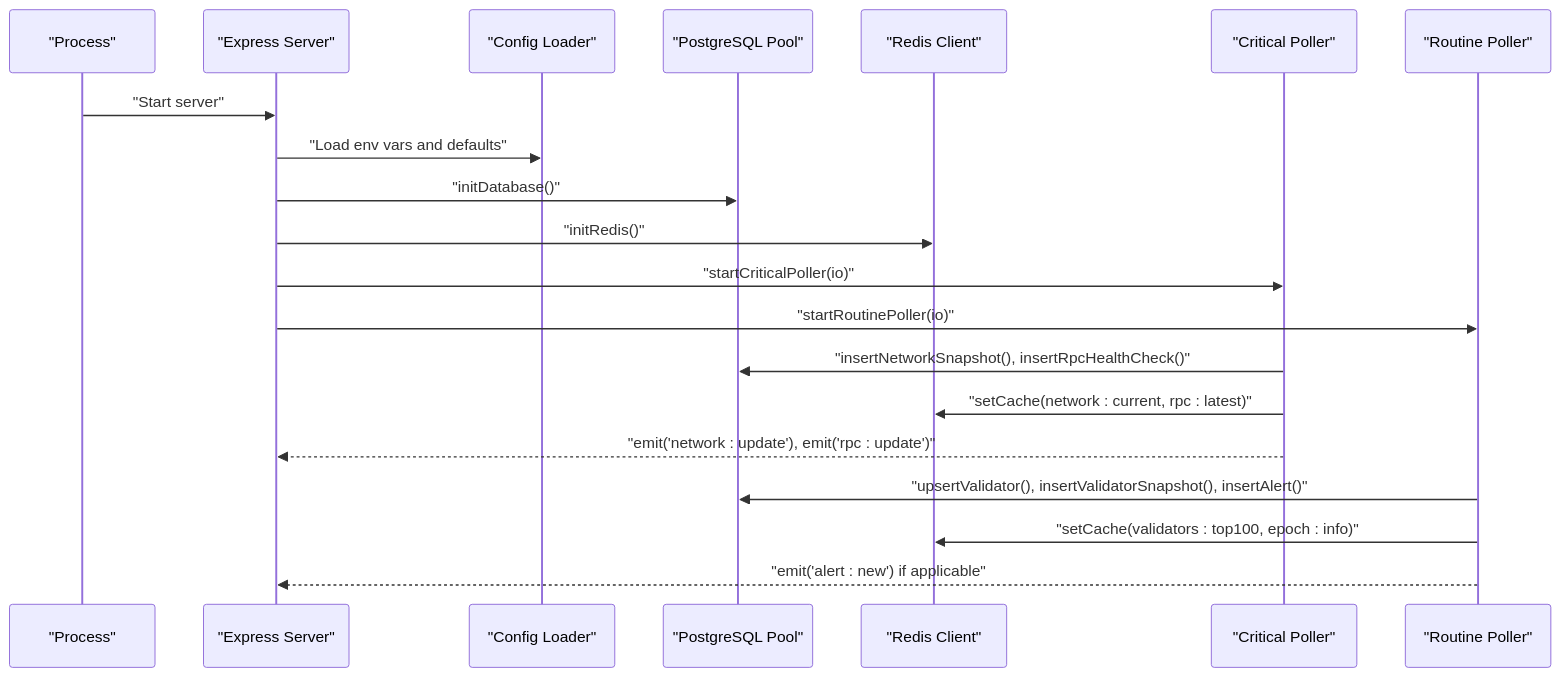
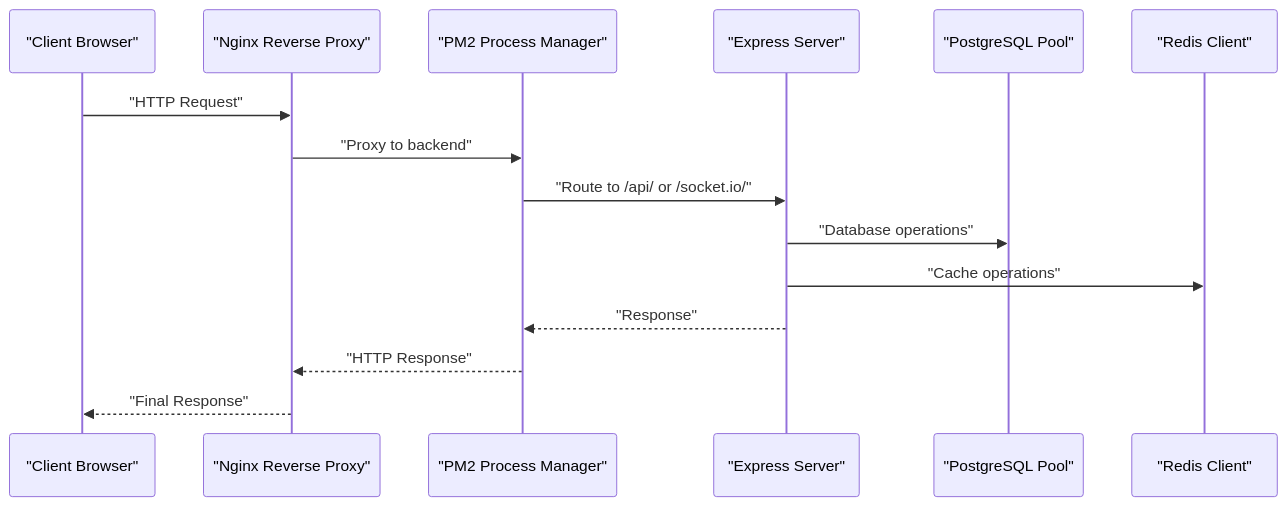
Before and after one commit to RunTimeAdmin/InfraWatch: the second of 3 diagrams in .qoder/repowiki/en/content/Deployment & Maintenance.md, drawn with Mermaid. The commit also changed other lines of this file and 12 other files, not shown here.

````diff
--- a/.qoder/repowiki/en/content/Deployment & Maintenance.md
+++ b/.qoder/repowiki/en/content/Deployment & Maintenance.md
@@ -110,22 +132,17 @@
 ```mermaid
 sequenceDiagram
-participant Proc as "Process"
+participant User as "Client Browser"
+participant Nginx as "Nginx Reverse Proxy"
+participant PM2 as "PM2 Process Manager"
 participant Server as "Express Server"
-participant Cfg as "Config Loader"
 participant DB as "PostgreSQL Pool"
 participant Rds as "Redis Client"
-participant CronC as "Critical Poller"
-participant CronR as "Routine Poller"
-Proc->>Server : "Start server"
-Server->>Cfg : "Load env vars and defaults"
-Server->>DB : "initDatabase()"
-Server->>Rds : "initRedis()"
-Server->>CronC : "startCriticalPoller(io)"
-Server->>CronR : "startRoutinePoller(io)"
-CronC->>DB : "insertNetworkSnapshot(), insertRpcHealthCheck()"
-CronC->>Rds : "setCache(network : current, rpc : latest)"
-CronC-->>Server : "emit('network : update'), emit('rpc : update')"
-CronR->>DB : "upsertValidator(), insertValidatorSnapshot(), insertAlert()"
-CronR->>Rds : "setCache(validators : top100, epoch : info)"
-CronR-->>Server : "emit('alert : new') if applicable"
+User->>Nginx : "HTTP Request"
+Nginx->>PM2 : "Proxy to backend"
+PM2->>Server : "Route to /api/ or /socket.io/"
+Server->>DB : "Database operations"
+Server->>Rds : "Cache operations"
+Server-->>PM2 : "Response"
+PM2-->>Nginx : "HTTP Response"
+Nginx-->>User : "Final Response"
 ```
````
